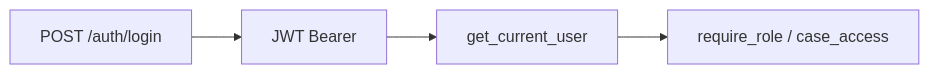
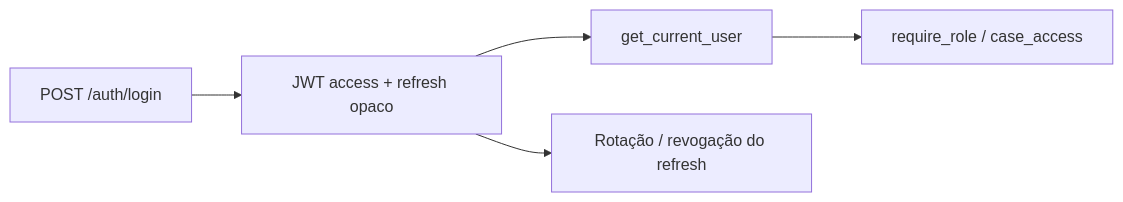
One commit to peritopaulomax/ForensicAuth changed the first of 2 diagrams in docs/04-backend.md. Above: the diagram before and after it, drawn with Mermaid. The commit also changed other lines of this file and 12 other files, not shown here.

````diff
--- a/docs/04-backend.md
+++ b/docs/04-backend.md
@@ -44,6 +44,7 @@
 ```mermaid
 flowchart LR
-  L[POST /auth/login] --> T[JWT Bearer]
+  L[POST /auth/login] --> T[JWT access + refresh opaco]
   T --> D[get_current_user]
+  T --> X[Rotação / revogação do refresh]
   D --> R[require_role / case_access]
 ```
````
